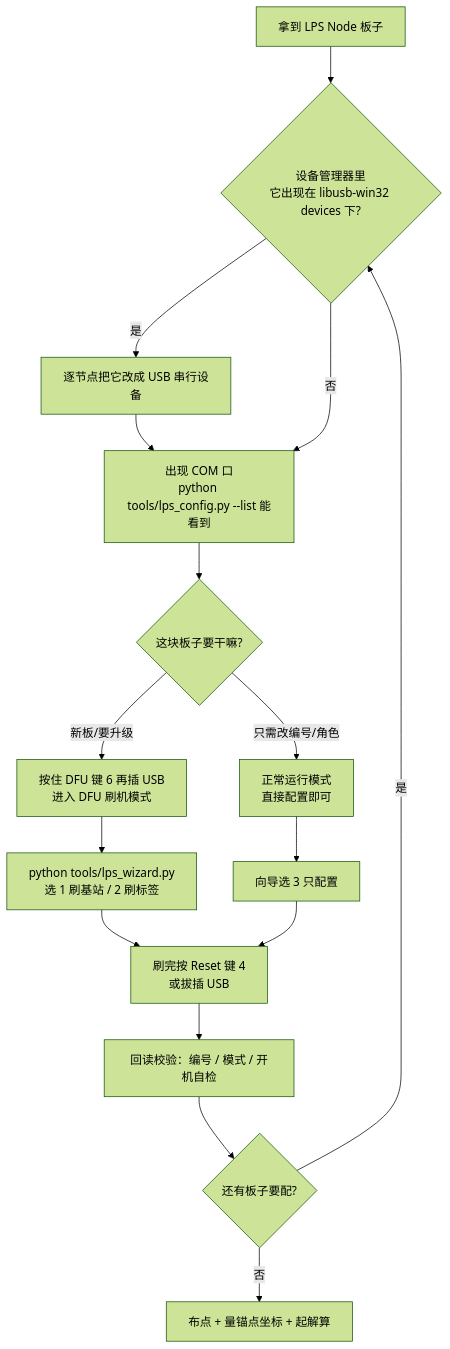
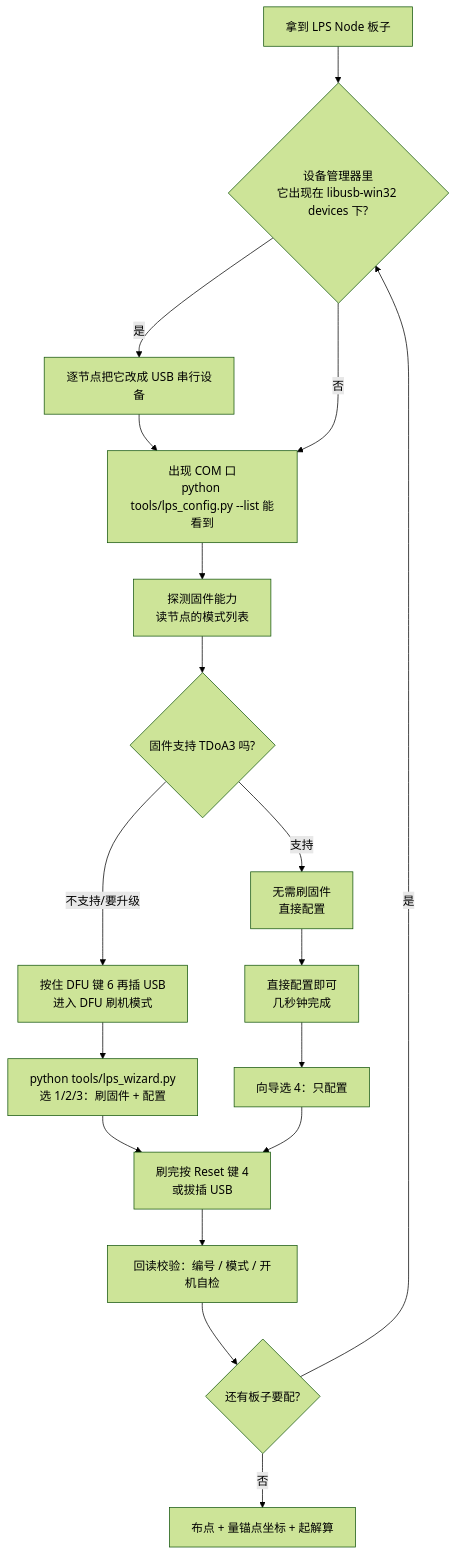
The first of 2 diagrams in docs/操作流程.md (STARLINGWW/lps-toolkit), drawn with Mermaid (forest theme) before and after one commit. The commit also changed other lines of this file and 5 other files, not shown here.

````diff
--- a/docs/操作流程.md
+++ b/docs/操作流程.md
@@ -10,18 +10,20 @@
 ```mermaid
 flowchart TD
     A[拿到 LPS Node 板子] --> B{设备管理器里<br/>它出现在 libusb-win32 devices 下?}
     B -- 是 --> C[逐节点把它改成 USB 串行设备]
     C --> D[出现 COM 口<br/>python tools/lps_config.py --list 能看到]
     B -- 否 --> D
-    D --> E{这块板子要干嘛?}
-    E -- 新板/要升级 --> F[按住 DFU 键 6 再插 USB<br/>进入 DFU 刷机模式]
-    E -- 只需改编号/角色 --> G[正常运行模式<br/>直接配置即可]
-    F --> H[python tools/lps_wizard.py<br/>选 1 刷基站 / 2 刷标签]
-    G --> I[向导选 3 只配置]
+    D --> P[探测固件能力<br/>读节点的模式列表]
+    P --> Q{固件支持 TDoA3 吗?}
+    Q -- 支持 --> R[无需刷固件<br/>直接配置]
+    Q -- 不支持/要升级 --> F[按住 DFU 键 6 再插 USB<br/>进入 DFU 刷机模式]
+    R --> G[直接配置即可<br/>几秒钟完成]
+    F --> H[python tools/lps_wizard.py<br/>选 1/2/3：刷固件 + 配置]
+    G --> I[向导选 4：只配置]
     H --> J[刷完按 Reset 键 4<br/>或拔插 USB]
     I --> J
     J --> K[回读校验：编号 / 模式 / 开机自检]
     K --> L{还有板子要配?}
     L -- 是 --> B
     L -- 否 --> M[布点 + 量锚点坐标 + 起解算]
 ```
````
